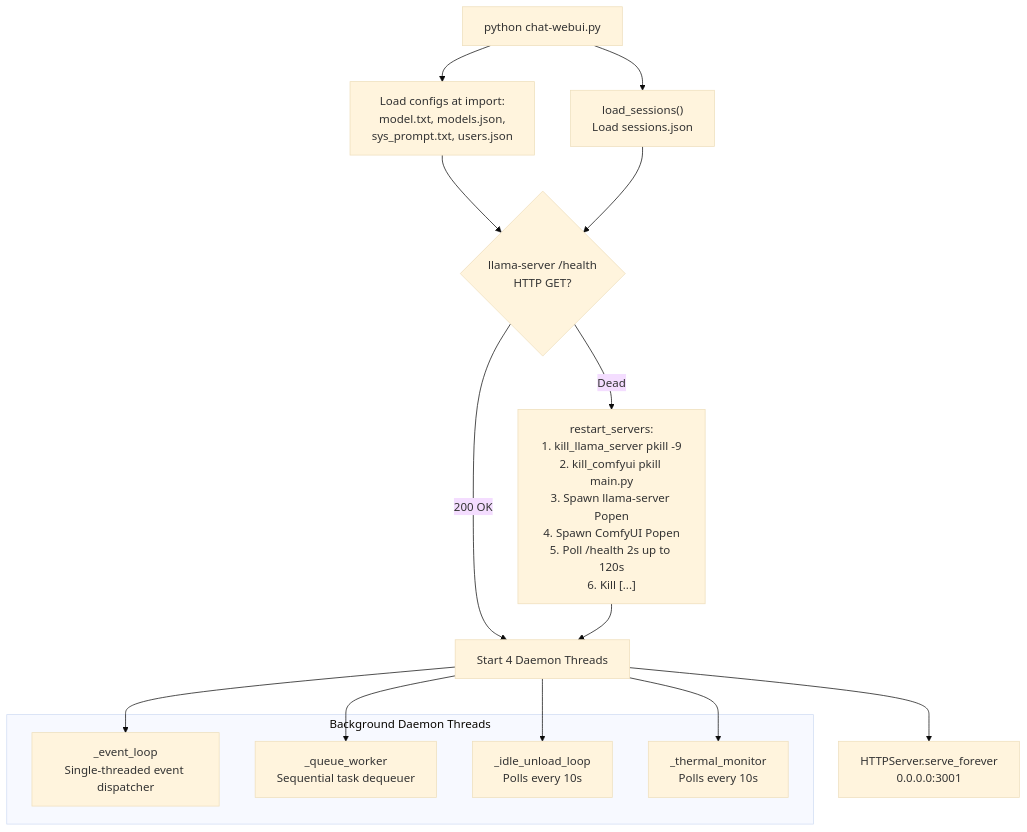
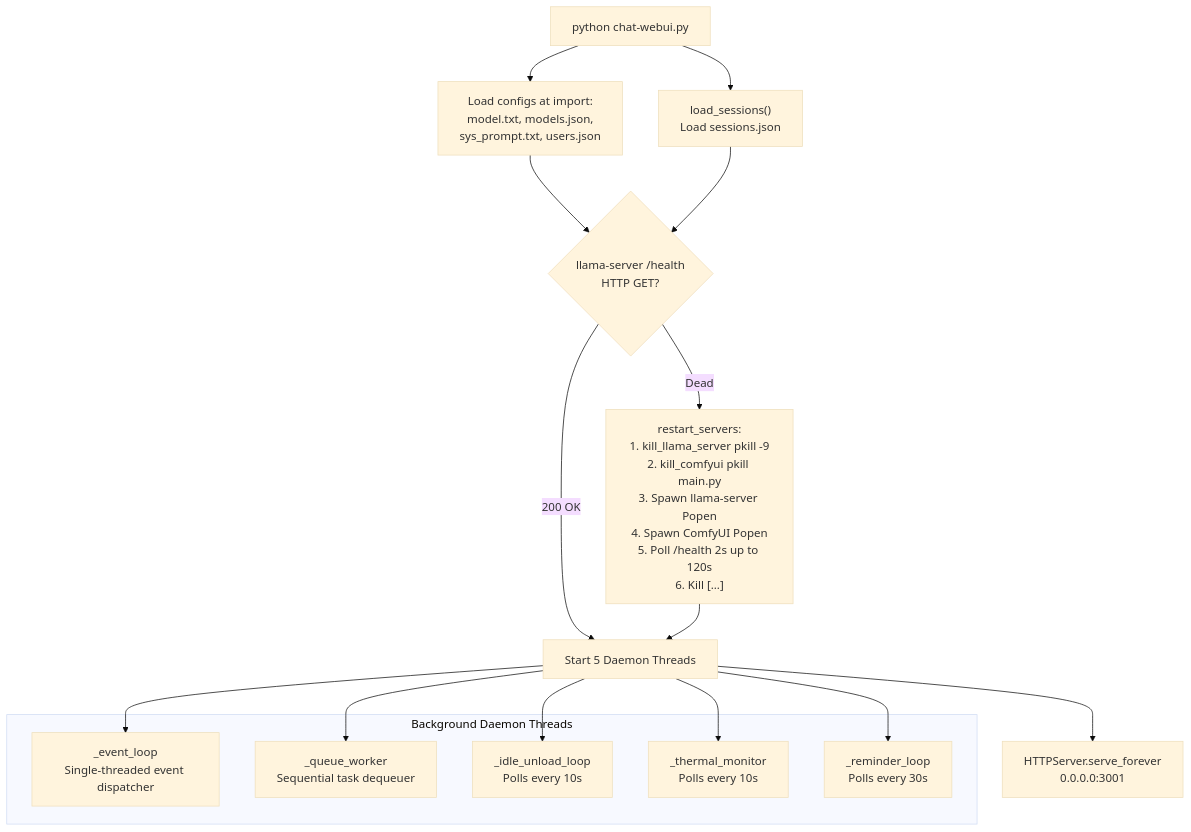
The fourth of 12 diagrams in README.md (Palash90/local-ai), drawn with Mermaid (base theme) before and after one commit. The commit also changed other lines of this file and 3 other files, not shown here.

````diff
--- a/README.md
+++ b/README.md
@@ -160,18 +239,19 @@
 ```mermaid
 graph TD
     A["python chat-webui.py"] --> A1["Load configs at import:\nmodel.txt, models.json,\nsys_prompt.txt, users.json"]
     A --> B["load_sessions()\nLoad sessions.json"]
     A1 & B --> C{"llama-server /health\nHTTP GET?"}
-    C -- "200 OK" --> E["Start 4 Daemon Threads"]
+    C -- "200 OK" --> E["Start 5 Daemon Threads"]
     C -- "Dead" --> D["restart_servers:\n1. kill_llama_server pkill -9\n2. kill_comfyui pkill main.py\n3. Spawn llama-server Popen\n4. Spawn ComfyUI Popen\n5. Poll /health 2s up to 120s\n6. Kill [...]"]
     D --> E
 
     subgraph Daemons ["Background Daemon Threads"]
         E1["_event_loop\nSingle-threaded event dispatcher"]
         E2["_queue_worker\nSequential task dequeuer"]
         E3["_idle_unload_loop\nPolls every 10s"]
         E4["_thermal_monitor\nPolls every 10s"]
+        E5["_reminder_loop\nPolls every 30s"]
     end
-    E --> E1 & E2 & E3 & E4
+    E --> E1 & E2 & E3 & E4 & E5
     E --> F["HTTPServer.serve_forever\n0.0.0.0:3001"]
 ```
````
